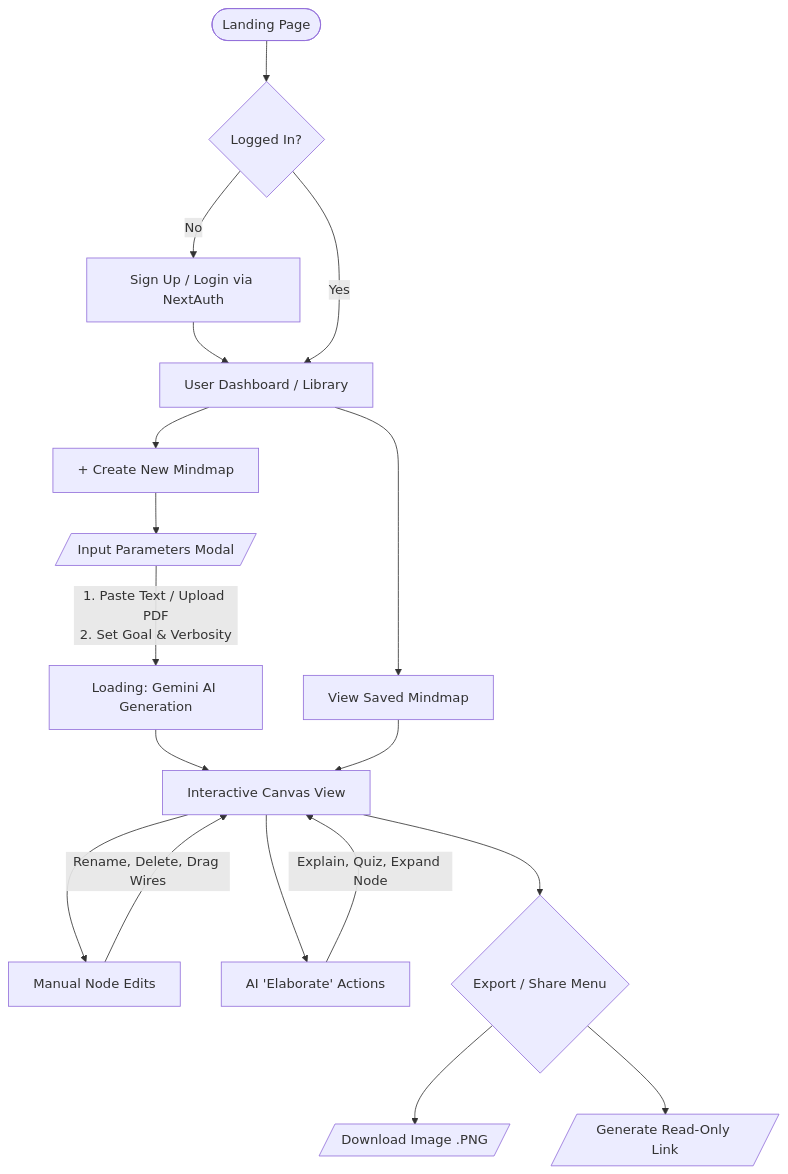
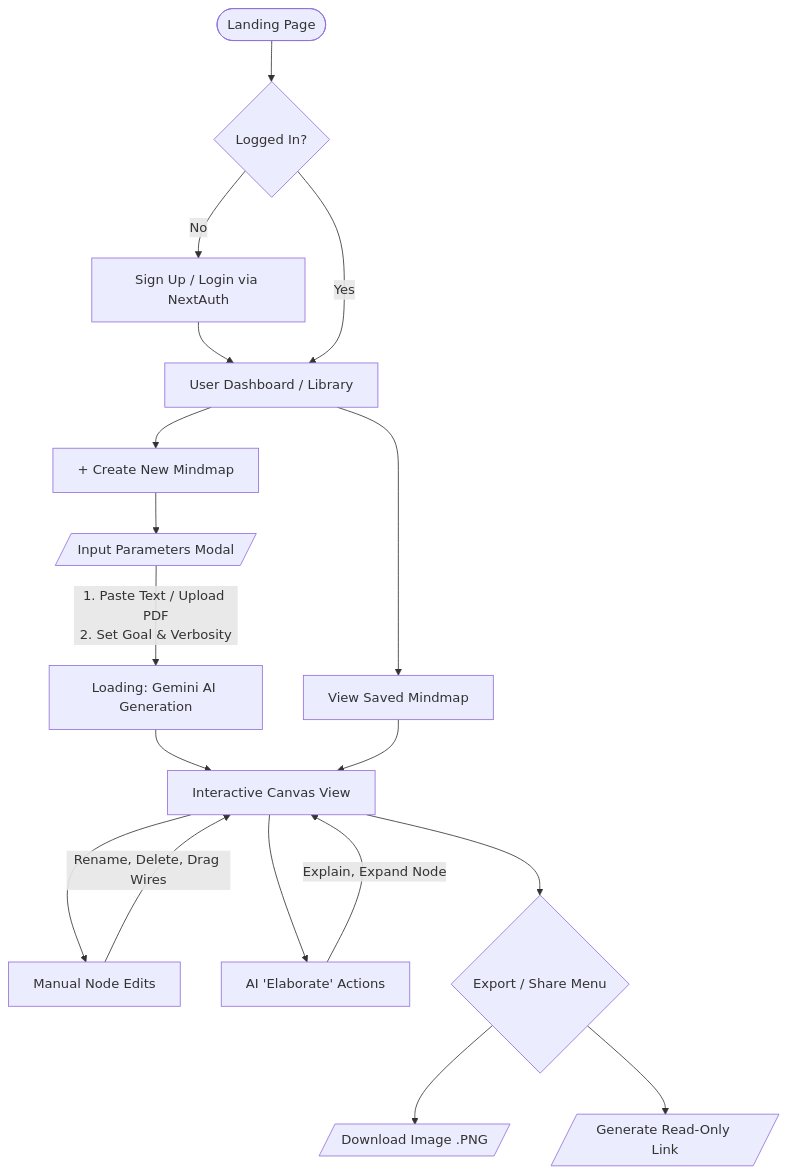
The diagram in user_flow.md (abdzufar/SecondMind), drawn with Mermaid before and after one commit.

Commit message:
removed quiz idea temporarily

````diff
--- a/user_flow.md
+++ b/user_flow.md
@@ -3,26 +3,26 @@
 ```mermaid
 graph TD
     A([Landing Page]) --> B{Logged In?}
     B -- No --> C[Sign Up / Login via NextAuth]
     C --> D[User Dashboard / Library]
     B -- Yes --> D
 
     D --> E[View Saved Mindmap]
     D --> F[+ Create New Mindmap]
 
     F --> G[/Input Parameters Modal/]
     G --> |1. Paste Text / Upload PDF<br>2. Set Goal & Verbosity| H[Loading: Gemini AI Generation]
 
     H --> I[Interactive Canvas View]
     E --> I
 
     I --> J[Manual Node Edits]
     J --> |Rename, Delete, Drag Wires| I
 
     I --> K[AI 'Elaborate' Actions]
-    K --> |Explain, Quiz, Expand Node| I
+    K --> |Explain, Expand Node| I
 
     I --> L{Export / Share Menu}
     L --> M[/Download Image .PNG/]
     L --> O[/Generate Read-Only Link/]
 ```
````
